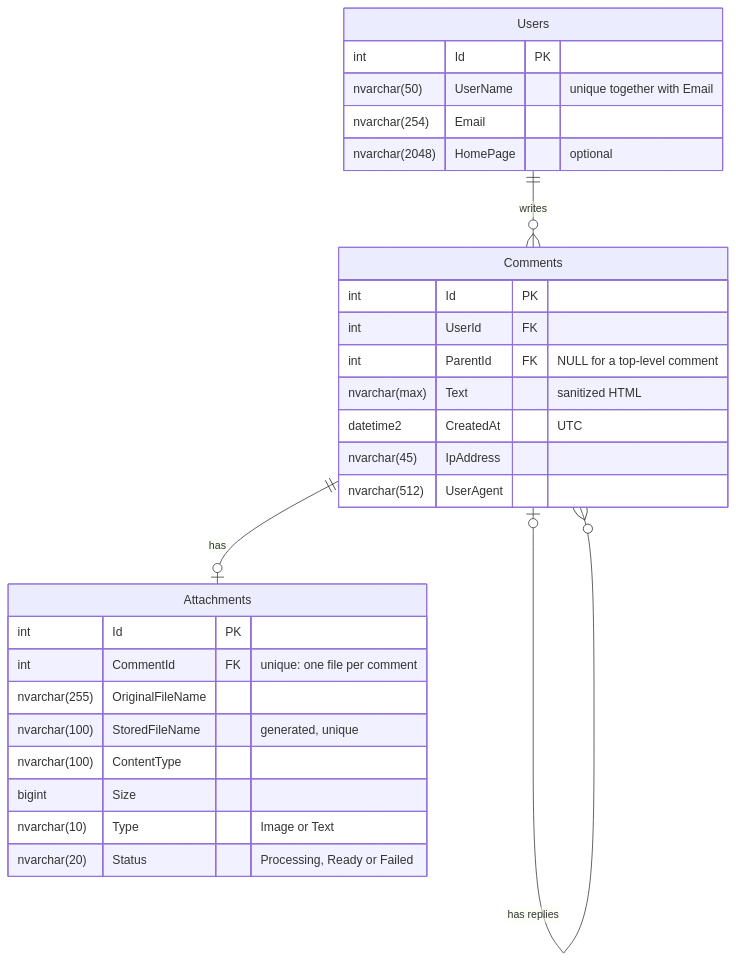
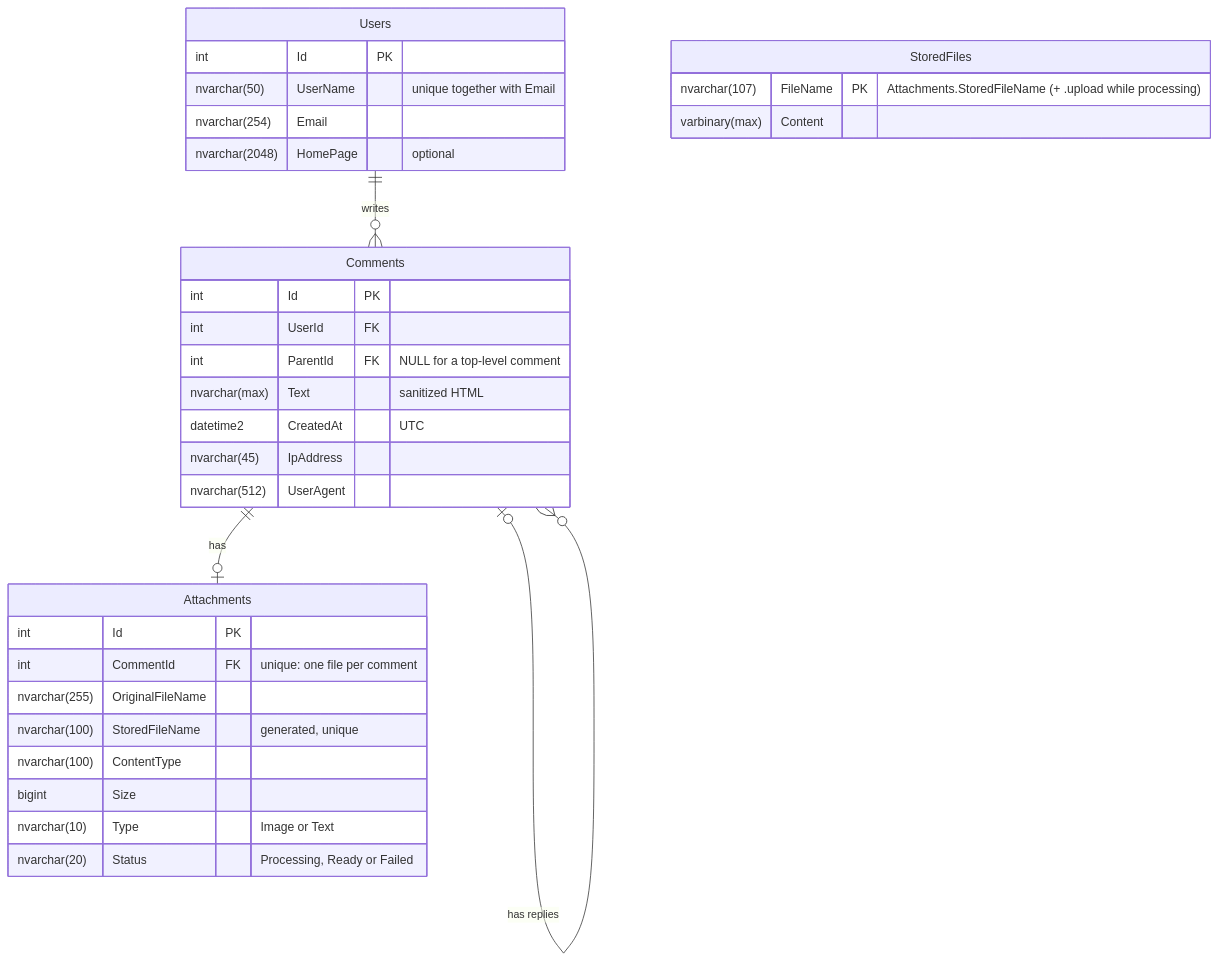
The second of 2 diagrams in README.md (SashaMaksyutenko/CommentFlow), drawn with Mermaid before and after one commit. The commit also changed other lines of this file and 9 other files, not shown here.

````diff
--- a/README.md
+++ b/README.md
@@ -181,32 +181,36 @@
 ```mermaid
 erDiagram
     Users ||--o{ Comments : writes
     Comments |o--o{ Comments : "has replies"
     Comments ||--o| Attachments : has
 
     Users {
         int Id PK
         nvarchar(50) UserName "unique together with Email"
         nvarchar(254) Email
         nvarchar(2048) HomePage "optional"
     }
     Comments {
         int Id PK
         int UserId FK
         int ParentId FK "NULL for a top-level comment"
         nvarchar(max) Text "sanitized HTML"
         datetime2 CreatedAt "UTC"
         nvarchar(45) IpAddress
         nvarchar(512) UserAgent
     }
     Attachments {
         int Id PK
         int CommentId FK "unique: one file per comment"
         nvarchar(255) OriginalFileName
         nvarchar(100) StoredFileName "generated, unique"
         nvarchar(100) ContentType
         bigint Size
         nvarchar(10) Type "Image or Text"
         nvarchar(20) Status "Processing, Ready or Failed"
     }
+    StoredFiles {
+        nvarchar(107) FileName PK "Attachments.StoredFileName (+ .upload while processing)"
+        varbinary(max) Content
+    }
 ```
````
